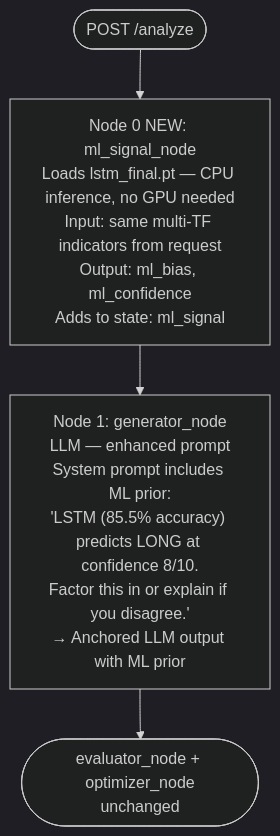
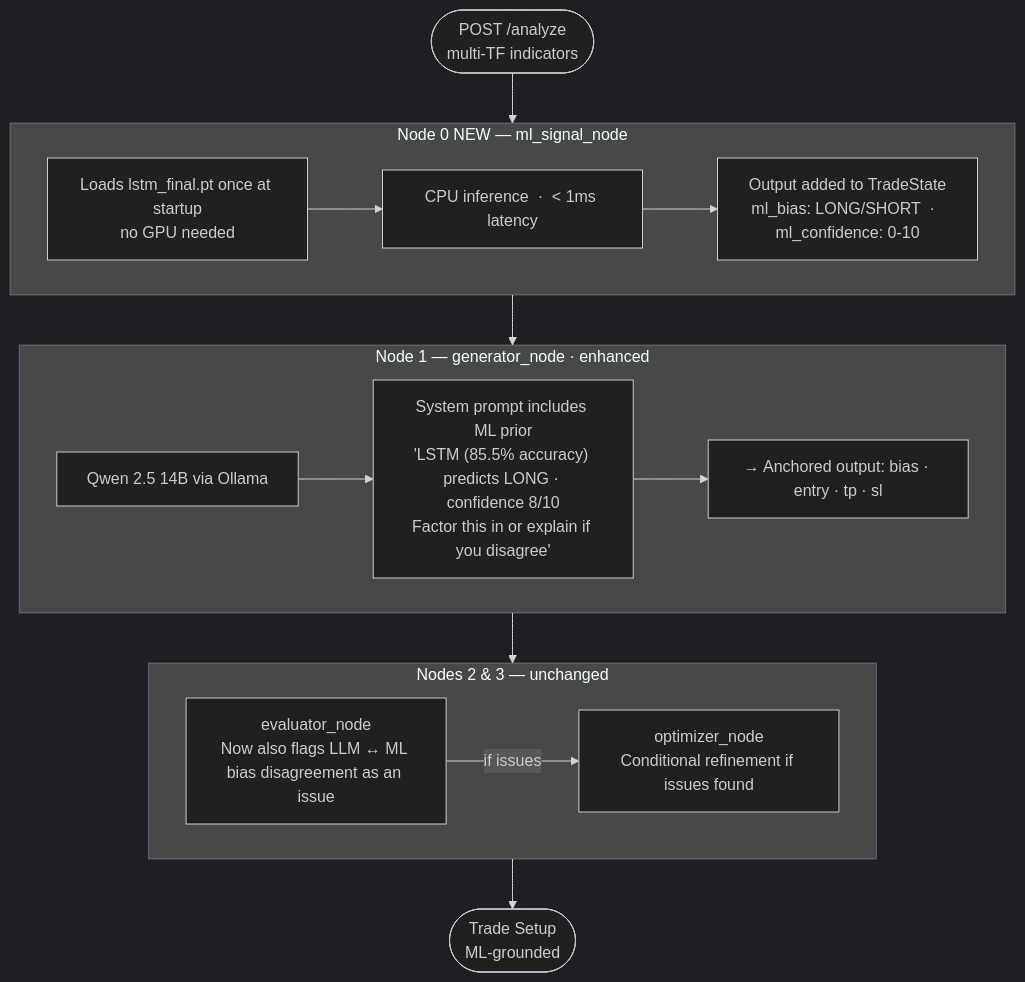
One commit to alejandrogonzalz/trading_management changed the fourth of 5 diagrams in docs/ML_ARCHITECTURE.md. Above: the diagram before and after it, drawn with Mermaid (dark theme). The commit also changed other lines of this file, not shown here.

First line of the commit message:
docs: improve Mermaid diagrams with subgraphs and nested detail boxes

````diff
--- a/docs/ML_ARCHITECTURE.md
+++ b/docs/ML_ARCHITECTURE.md
@@ -185,9 +257,28 @@
 ```mermaid
 flowchart TD
-    REQ(["POST /analyze"])
-    ML["Node 0 NEW: ml_signal_node\nLoads lstm_final.pt — CPU inference, no GPU needed\nInput: same multi-TF indicators from request\nOutput: ml_bias, ml_confidence\nAdds to state: ml_signal"]
-    GEN["Node 1: generator_node\nLLM — enhanced prompt\nSystem prompt includes ML prior:\n'LSTM (85.5% accuracy) predicts LONG at confidence 8/10.\nFactor this in or explain if you disagree.'\n→ Anchored LLM output with ML prior"]
-    REST(["evaluator_node + optimizer_node\nunchanged"])
+    REQ(["POST /analyze\nmulti-TF indicators"])
 
-    REQ --> ML --> GEN --> REST
+    subgraph ML0["Node 0  NEW — ml_signal_node"]
+        M1["Loads lstm_final.pt once at startup\nno GPU needed"]
+        M2["CPU inference  ·  &lt; 1ms latency"]
+        M3["Output added to TradeState\nml_bias: LONG/SHORT  ·  ml_confidence: 0-10"]
+        M1 --> M2 --> M3
+    end
+
+    subgraph GEN["Node 1 — generator_node  ·  enhanced"]
+        G1["Qwen 2.5 14B via Ollama"]
+        G2["System prompt includes ML prior\n'LSTM (85.5% accuracy) predicts LONG · confidence 8/10\nFactor this in or explain if you disagree'"]
+        G3["→ Anchored output: bias · entry · tp · sl"]
+        G1 --> G2 --> G3
+    end
+
+    subgraph TAIL["Nodes 2 & 3 — unchanged"]
+        T1["evaluator_node\nNow also flags LLM ↔ ML bias disagreement as an issue"]
+        T2["optimizer_node\nConditional refinement if issues found"]
+        T1 -->|"if issues"| T2
+    end
+
+    DONE(["Trade Setup\nML-grounded"])
+
+    REQ --> ML0 --> GEN --> TAIL --> DONE
 ```
````
